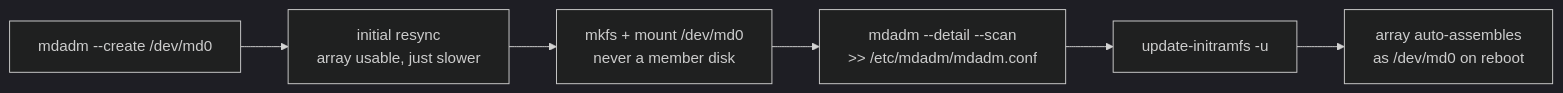
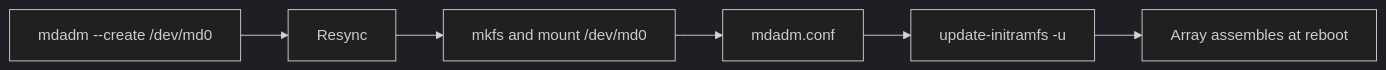
The diagram in sections/section-030/module-03/course.md (astrona-io/ATS004), drawn with Mermaid (dark theme) before and after one commit. The commit also changed other lines of this file and 287 other files, not shown here.

````diff
--- a/sections/section-030/module-03/course.md
+++ b/sections/section-030/module-03/course.md
@@ -16,8 +16,8 @@
 ```mermaid
 flowchart LR
-    A["mdadm --create /dev/md0"] --> B["initial resync<br/>array usable, just slower"]
-    B --> C["mkfs + mount /dev/md0<br/>never a member disk"]
-    C --> D["mdadm --detail --scan<br/>>> /etc/mdadm/mdadm.conf"]
+    A["mdadm --create /dev/md0"] --> B["Resync"]
+    B --> C["mkfs and mount /dev/md0"]
+    C --> D["mdadm.conf"]
     D --> E["update-initramfs -u"]
-    E --> F["array auto-assembles<br/>as /dev/md0 on reboot"]
+    E --> F["Array assembles at reboot"]
 ```
````
